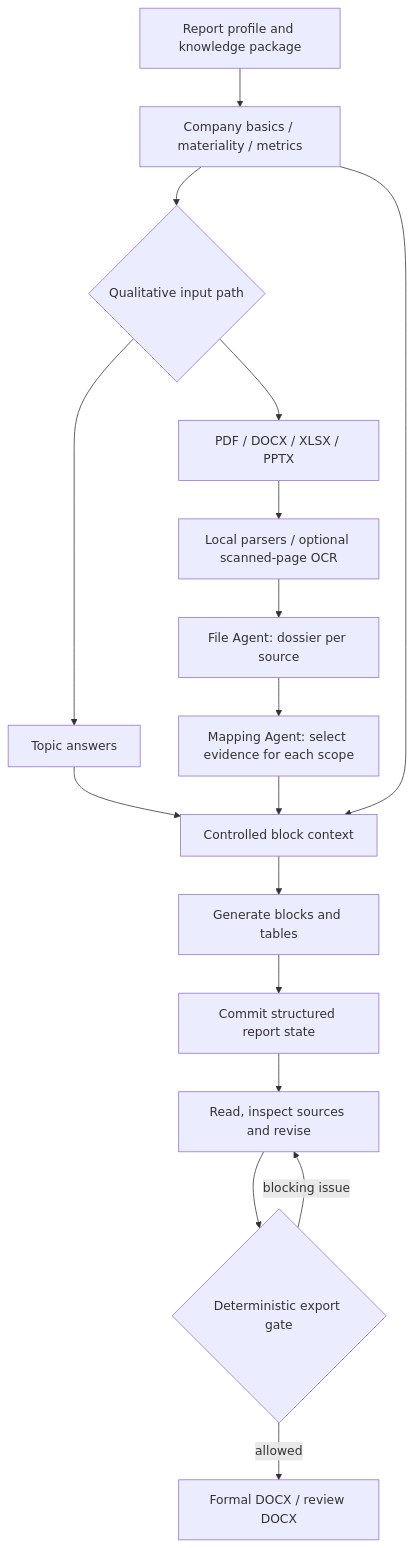
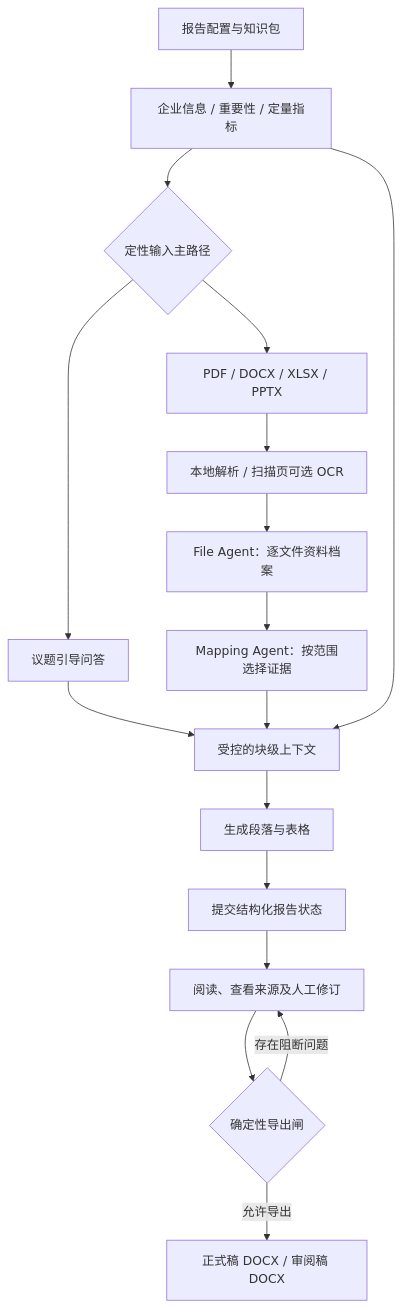
The second of 4 diagrams in README.md (18zxh/ESG-Disclosure-Tool), drawn with Mermaid before and after one commit. The commit also changed other lines of this file and 2 other files, not shown here.

````diff
--- a/README.md
+++ b/README.md
@@ -95,19 +88,19 @@
 ```mermaid
 flowchart TD
-  BASIS["Report profile and knowledge package"] --> INPUT["Company basics / materiality / metrics"]
-  INPUT --> CHOICE{"Qualitative input path"}
-  CHOICE --> QUESTIONS["Topic answers"]
+  BASIS["报告配置与知识包"] --> INPUT["企业信息 / 重要性 / 定量指标"]
+  INPUT --> CHOICE{"定性输入主路径"}
+  CHOICE --> QUESTIONS["议题引导问答"]
   CHOICE --> UPLOAD["PDF / DOCX / XLSX / PPTX"]
-  UPLOAD --> PARSE["Local parsers / optional scanned-page OCR"]
-  PARSE --> FILEAGENT["File Agent: dossier per source"]
-  FILEAGENT --> MAPPING["Mapping Agent: select evidence for each scope"]
-  QUESTIONS --> CONTEXT["Controlled block context"]
+  UPLOAD --> PARSE["本地解析 / 扫描页可选 OCR"]
+  PARSE --> FILEAGENT["File Agent：逐文件资料档案"]
+  FILEAGENT --> MAPPING["Mapping Agent：按范围选择证据"]
+  QUESTIONS --> CONTEXT["受控的块级上下文"]
   MAPPING --> CONTEXT
   INPUT --> CONTEXT
-  CONTEXT --> DRAFT["Generate blocks and tables"]
-  DRAFT --> STATE["Commit structured report state"]
-  STATE --> EDIT["Read, inspect sources and revise"]
-  EDIT --> GATE{"Deterministic export gate"}
-  GATE -->|blocking issue| EDIT
-  GATE -->|allowed| WORD["Formal DOCX / review DOCX"]
+  CONTEXT --> DRAFT["生成段落与表格"]
+  DRAFT --> STATE["提交结构化报告状态"]
+  STATE --> EDIT["阅读、查看来源及人工修订"]
+  EDIT --> GATE{"确定性导出闸"}
+  GATE -->|存在阻断问题| EDIT
+  GATE -->|允许导出| WORD["正式稿 DOCX / 审阅稿 DOCX"]
 ```
````
